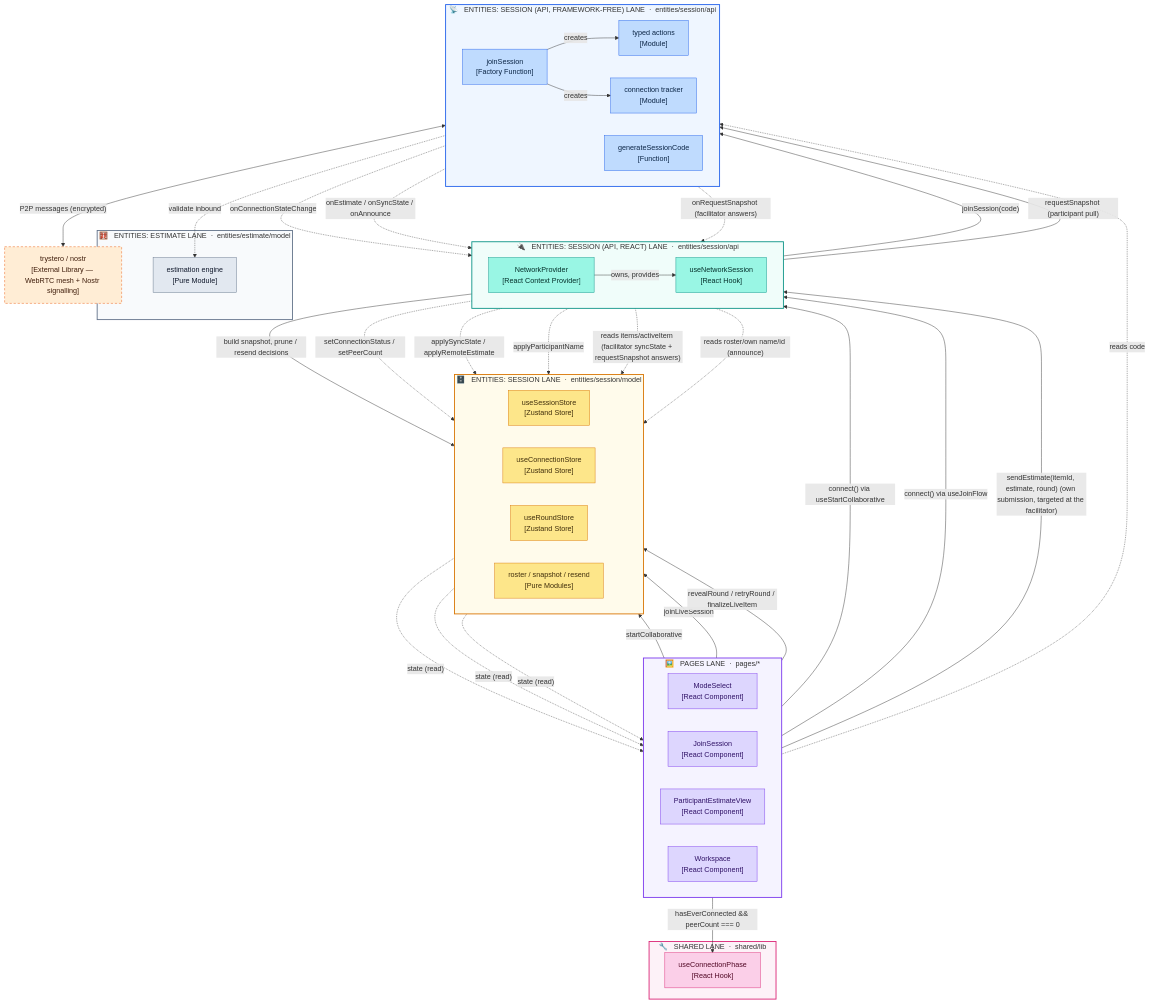
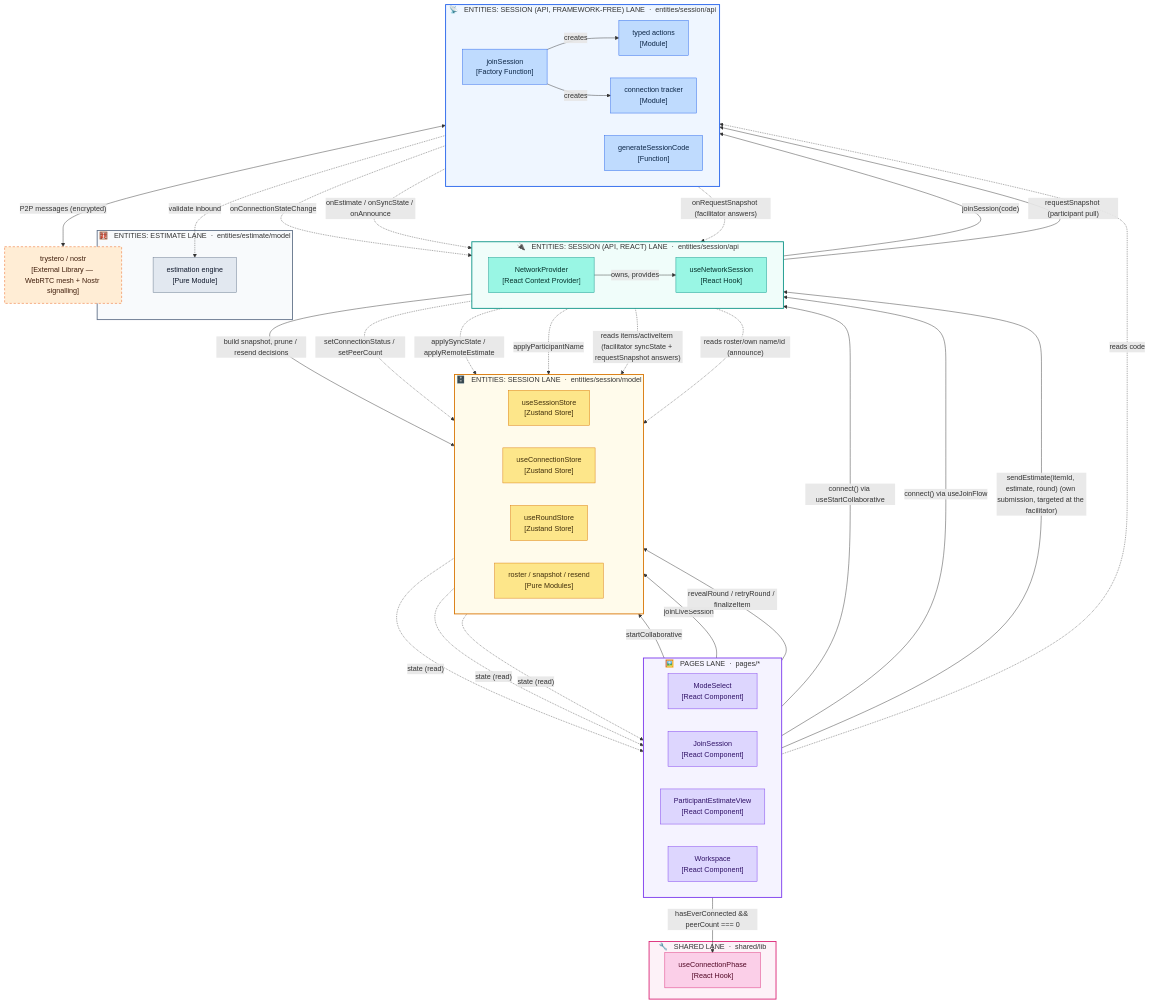
The first of 8 diagrams in docs/concepts/collaboration-mode.md (cfisch3r/estimate), drawn with Mermaid before and after one commit. The commit also changed other lines of this file and 19 other files, not shown here.

```diff
--- a/docs/concepts/collaboration-mode.md
+++ b/docs/concepts/collaboration-mode.md
@@ -76,7 +76,7 @@
   NP -->|"owns, provides"| Hook
   Hook -->|"joinSession(code)"| JSN
   PEV -->|"sendEstimate(itemId, estimate, round) (own submission, targeted at the facilitator)"| Hook
-  WS -->|"revealRound / retryRound / finalizeLiveItem"| RoundStore
+  WS -->|"revealRound / retryRound / finalizeItem"| RoundStore
   JSN -->|"creates"| Act
   JSN -->|"creates"| Conn
   Act <-->|"P2P messages (encrypted)"| Trystero
```
